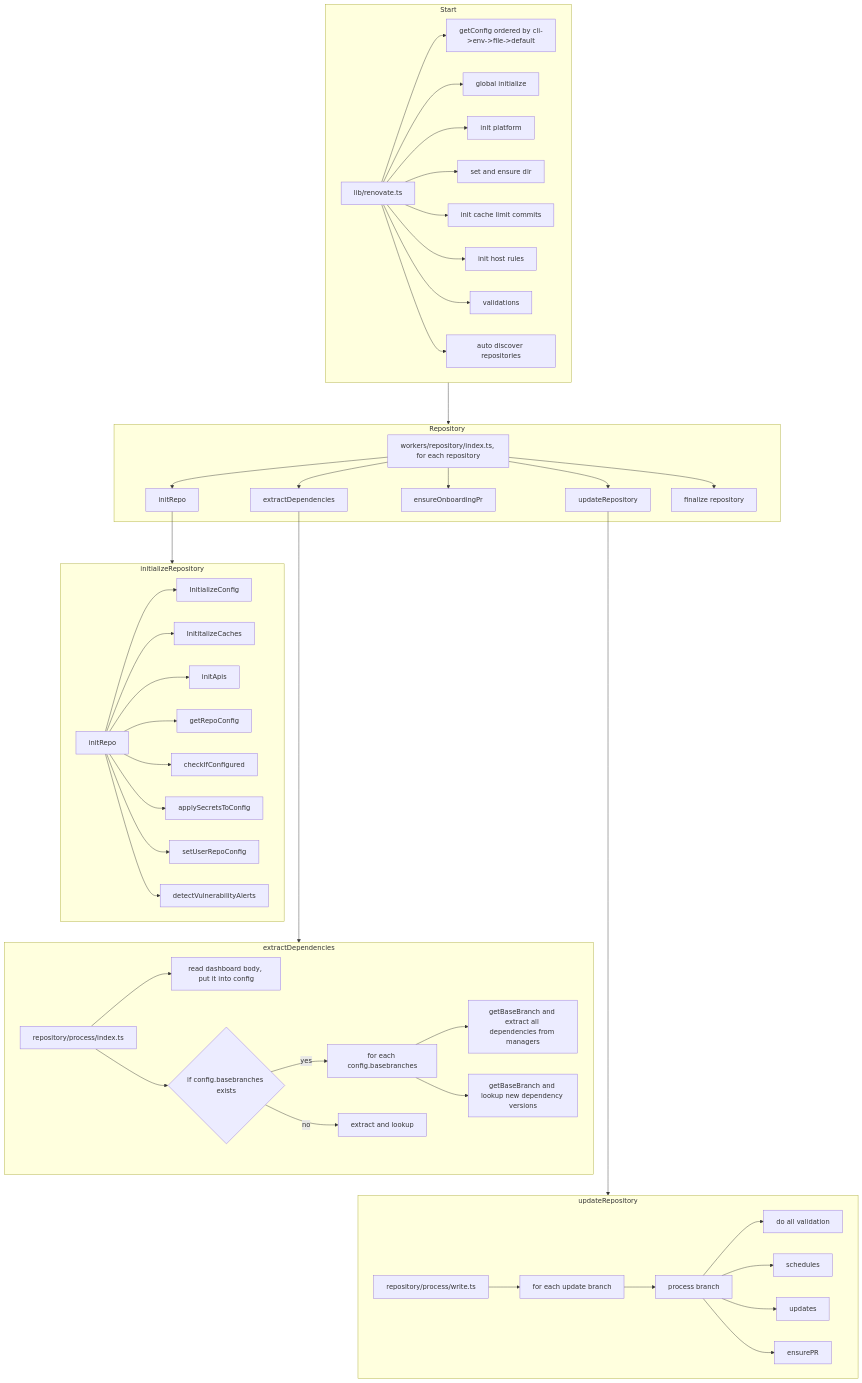
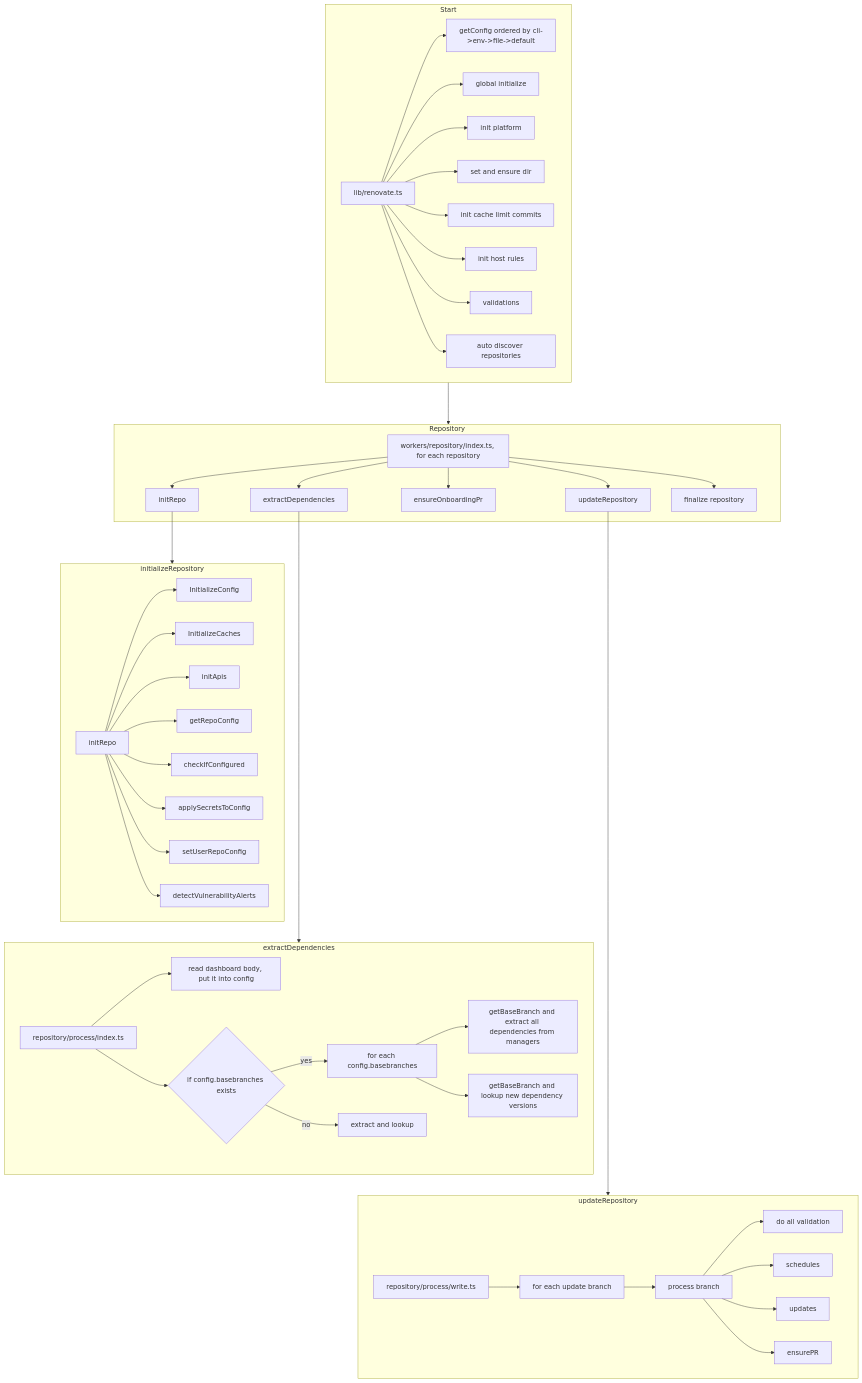
Before and after one commit to renovatebot/renovate: the diagram in docs/development/assets/renovate-flow.md, drawn with Mermaid.

Commit message:
fix(docs): Fix typo
docs/development/assets/renovate-flow.md

````diff
--- a/docs/development/assets/renovate-flow.md
+++ b/docs/development/assets/renovate-flow.md
@@ -1,59 +1,59 @@
 ```mermaid
 flowchart TB
     subgraph Start
     A[lib/renovate.ts] --> B[getConfig ordered by cli->env->file->default]
     A --> C[global initialize]
     A --> D[init platform]
     A --> E[set and ensure dir]
     A --> F[init cache limit commits]
     A --> G[init host rules]
     A --> H[validations]
     A --> I[auto discover repositories]
     end
 
     subgraph Repository
     J[workers/repository/index.ts, for each repository]
     J --> K[initRepo]
     J --> L[extractDependencies]
     J --> M[ensureOnboardingPr]
     J --> N[updateRepository]
     J --> O[finalize repository]
     end
 
     subgraph initializeRepository
     X[initRepo]
     X--> P[InitializeConfig]
-    X--> Q[InititalizeCaches]
+    X--> Q[InitializeCaches]
     X--> R[initApis]
     X--> S[getRepoConfig]
     X--> T[checkIfConfigured]
     X--> U[applySecretsToConfig]
     X--> V[setUserRepoConfig]
     X--> W[detectVulnerabilityAlerts]
     end
 
     subgraph extractDependencies
     Z[repository/process/index.ts]
     Z --> AA[read dashboard body, put it into config]
     Z --> QM{if config.basebranches exists}
     QM --> |yes| AB[for each config.basebranches]
     AB --> AC[getBaseBranch and extract all dependencies from managers]
     AB --> AD[getBaseBranch and lookup new dependency versions]
     QM --> |no| AE[extract and lookup]
     end
 
     subgraph updateRepository
     BA[repository/process/write.ts]
     BA--> BB[for each update branch]
     BB --> BC[process branch]
     BC --> BD[do all validation]
     BC --> BF[schedules]
     BC --> BG[updates]
     BC --> BH[ensurePR]
     end
 
     Start ---> Repository
     K ---> initializeRepository
     L ----> extractDependencies
     N -----> updateRepository
 ```
````
